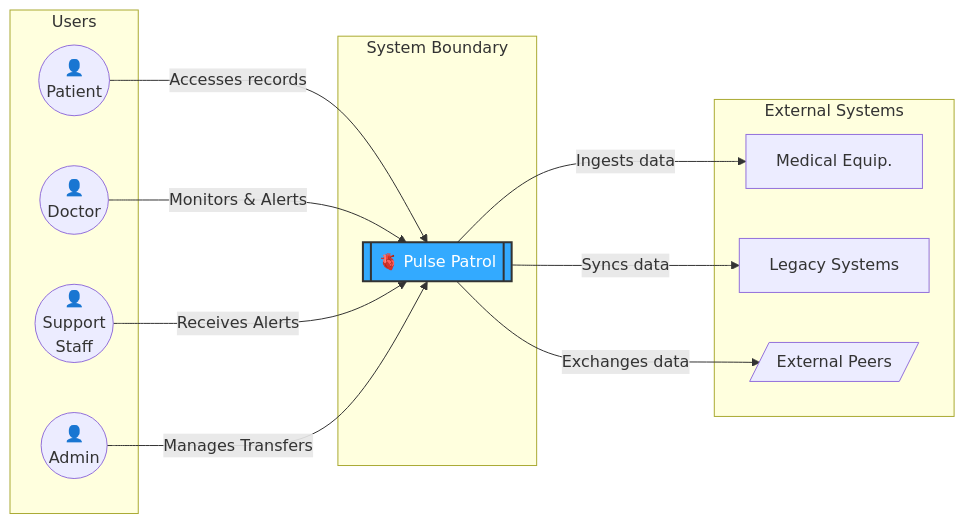
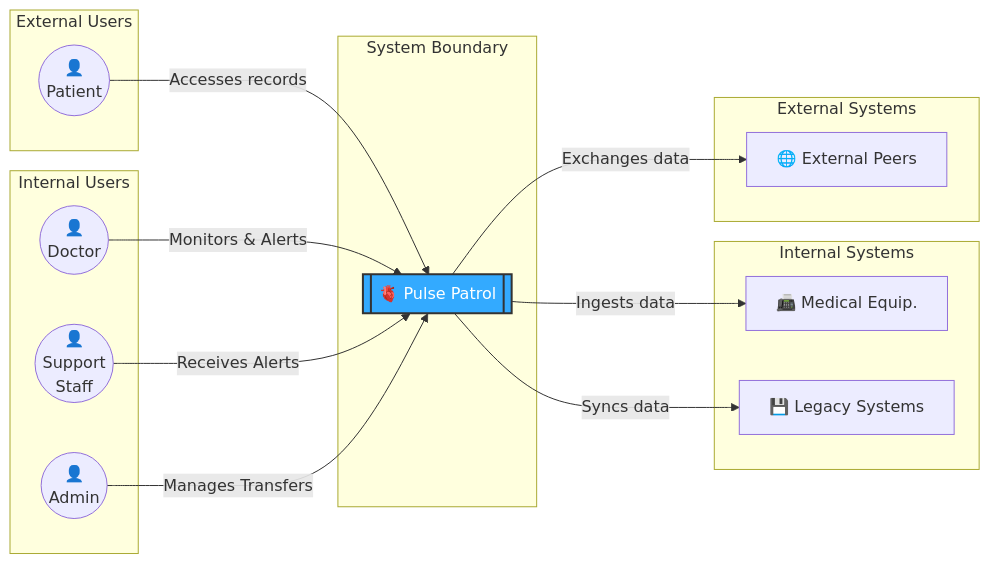
One commit to iugori/pulse-patrol changed the first of 8 diagrams in docs/ard-v2.1.md. Above: the diagram before and after it, drawn with Mermaid. The commit also changed other lines of this file, not shown here.

Commit message:
fix: clear separation between external and internal dependencies

````diff
--- a/docs/ard-v2.1.md
+++ b/docs/ard-v2.1.md
@@ -177,33 +177,39 @@
 ```mermaid
 graph LR
 %% Actors
-    subgraph Users [Users]
+    subgraph ExternalUsers ["External Users"]
         P(("👤<br/>Patient"))
+    end
+
+    subgraph InternalUsers ["Internal Users"]
         D(("👤<br/>Doctor"))
         S(("👤<br/>Support<br/>Staff"))
         A(("👤<br/>Admin"))
     end
 
 %% Core
     subgraph SystemBoundary [System Boundary]
         PP[["🫀 Pulse Patrol"]]
     end
 
 %% Externals
-    subgraph Infrastructure [External Systems]
-        ME["Medical Equip."]
-        IS["Legacy Systems"]
-        EP[/"External Peers"/]
+    subgraph InternalInfrastructure ["Internal Systems"]
+        ME["📠 Medical Equip."]
+        IS["💾 Legacy Systems"]
+    end
+
+    subgraph ExternalInfrastructure ["External Systems"]
+        EP["🌐 External Peers"]
     end
 
 %% Relationships with concise text
     P -- Accesses records --> PP
     D -- Monitors & Alerts --> PP
     S -- Receives Alerts --> PP
     A -- Manages Transfers --> PP
     PP -- Ingests data --> ME
     PP -- Syncs data --> IS
     PP -- Exchanges data --> EP
 %% Style
     style PP fill: #33aaff, color: #fff, stroke: #333, stroke-width: 2px
 ```
````
